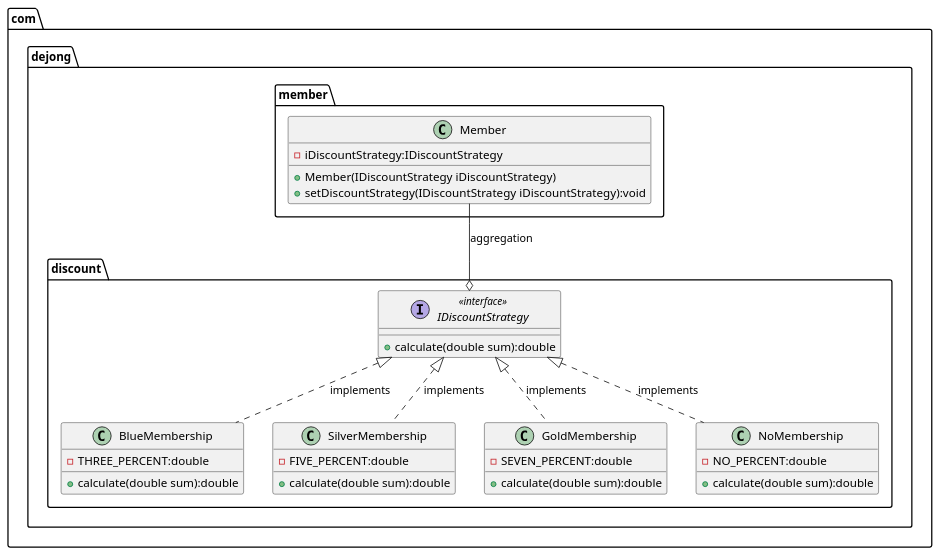
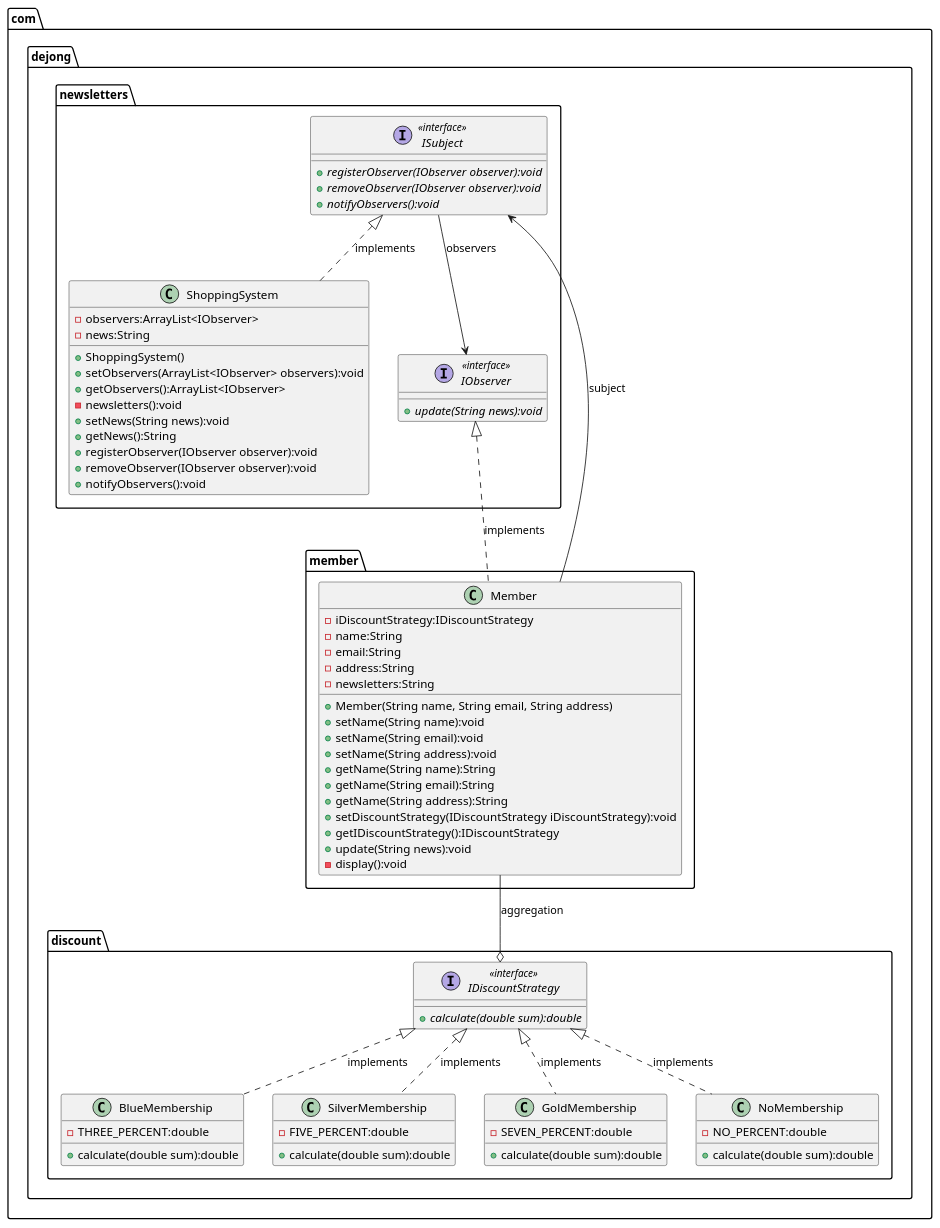
Before and after one commit to dejongyeong/design-patterns: the diagram in online-shopping/online-shopping.puml, drawn with PlantUML. The commit also changed 6 other files, not shown here.

```diff
--- a/online-shopping/online-shopping.puml
+++ b/online-shopping/online-shopping.puml
@@ -1,39 +1,76 @@
 @startuml
 
 'Concrete Class
 class com.dejong.discount.BlueMembership {
     - THREE_PERCENT:double
     + calculate(double sum):double
 }
 class com.dejong.discount.SilverMembership {
     - FIVE_PERCENT:double
     + calculate(double sum):double
 }
 class com.dejong.discount.GoldMembership {
     - SEVEN_PERCENT:double
     + calculate(double sum):double
 }
 class com.dejong.discount.NoMembership {
     - NO_PERCENT:double
     + calculate(double sum):double
 }
 class com.dejong.member.Member {
     - iDiscountStrategy:IDiscountStrategy
-    + Member(IDiscountStrategy iDiscountStrategy)
+    - name:String
+    - email:String
+    - address:String
+    - newsletters:String
+    + Member(String name, String email, String address)
+    + setName(String name):void
+    + setName(String email):void
+    + setName(String address):void
+    + getName(String name):String
+    + getName(String email):String
+    + getName(String address):String
     + setDiscountStrategy(IDiscountStrategy iDiscountStrategy):void
+    + getIDiscountStrategy():IDiscountStrategy
+    + update(String news):void
+    - display():void
+}
+class com.dejong.newsletters.ShoppingSystem {
+    - observers:ArrayList<IObserver>
+    - news:String
+    + ShoppingSystem()
+    + setObservers(ArrayList<IObserver> observers):void
+    + getObservers():ArrayList<IObserver>
+    - newsletters():void
+    + setNews(String news):void
+    + getNews():String
+    + registerObserver(IObserver observer):void
+    + removeObserver(IObserver observer):void
+    + notifyObservers():void
 }
 
 'Interface
 interface com.dejong.discount.IDiscountStrategy << interface >> {
-    + calculate(double sum):double
+    + {abstract} calculate(double sum):double
+}
+interface com.dejong.newsletters.ISubject << interface >> {
+    + {abstract} registerObserver(IObserver observer):void
+    + {abstract} removeObserver(IObserver observer):void
+    + {abstract} notifyObservers():void
+}
+interface com.dejong.newsletters.IObserver << interface >> {
+    + {abstract} update(String news):void
 }
 
 'Relationships
 com.dejong.member.Member --o com.dejong.discount.IDiscountStrategy : aggregation
 com.dejong.discount.IDiscountStrategy <|.. com.dejong.discount.BlueMembership : implements
 com.dejong.discount.IDiscountStrategy <|.. com.dejong.discount.SilverMembership : implements
 com.dejong.discount.IDiscountStrategy <|.. com.dejong.discount.GoldMembership : implements
 com.dejong.discount.IDiscountStrategy <|.. com.dejong.discount.NoMembership : implements
-
+com.dejong.newsletters.IObserver <|.. com.dejong.member.Member : implements
+com.dejong.newsletters.ISubject <|.. com.dejong.newsletters.ShoppingSystem : implements
+com.dejong.newsletters.ISubject --> com.dejong.newsletters.IObserver : observers
+com.dejong.member.Member --> com.dejong.newsletters.ISubject : subject
 
 @enduml
```
